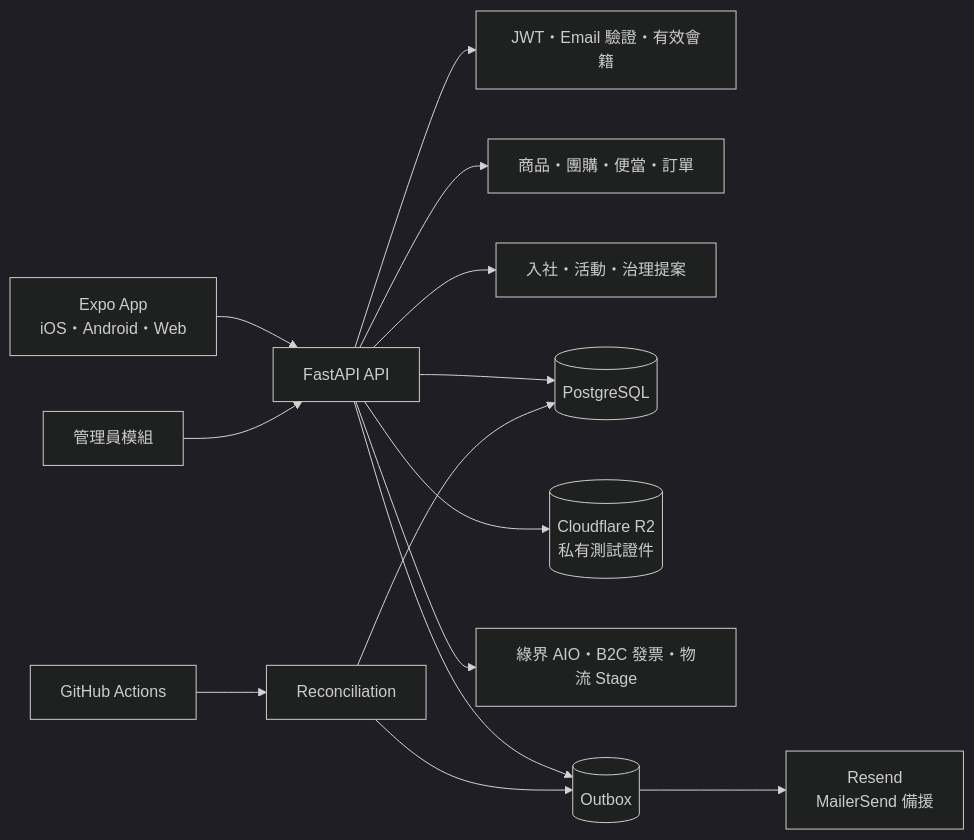
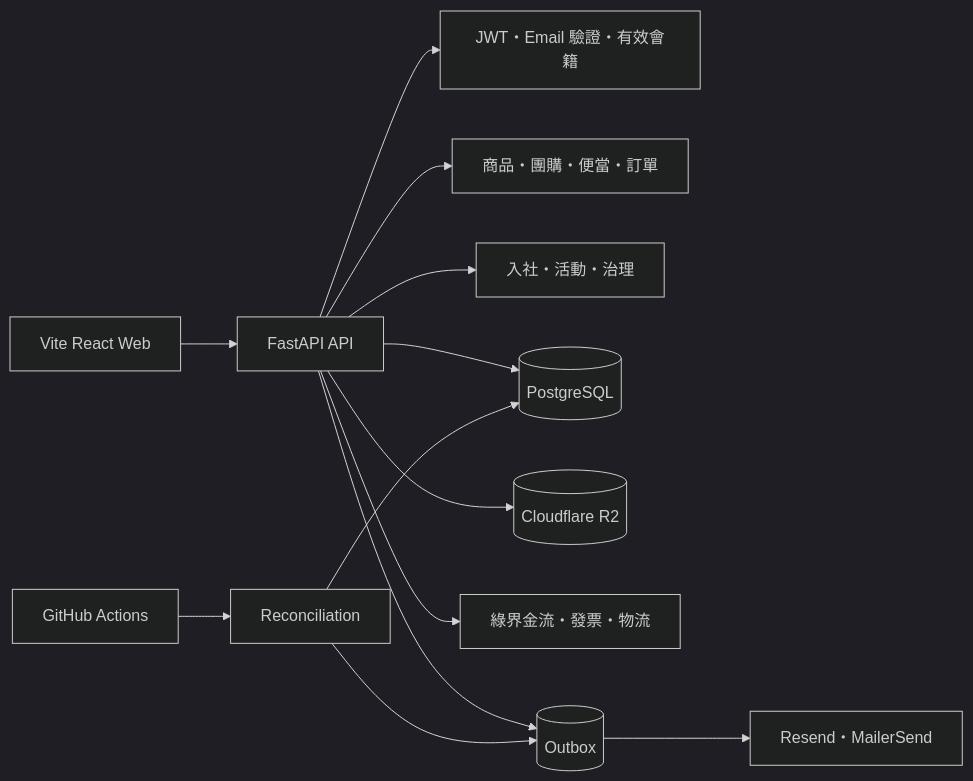
Before and after one commit to Wayne725/shilifangyuan-farm-app: the diagram in docs/ARCHITECTURE.md, drawn with Mermaid (dark theme). The commit also changed other lines of this file and 167 other files, not shown here.

Commit message:
feat: migrate cooperative platform to Vite web

````diff
--- a/docs/ARCHITECTURE.md
+++ b/docs/ARCHITECTURE.md
@@ -5,16 +5,15 @@
 ```mermaid
 flowchart LR
-    app["Expo App<br/>iOS・Android・Web"] --> api["FastAPI API"]
-    admin["管理員模組"] --> api
+    web["Vite React Web"] --> api["FastAPI API"]
     api --> auth["JWT・Email 驗證・有效會籍"]
     api --> commerce["商品・團購・便當・訂單"]
-    api --> community["入社・活動・治理提案"]
+    api --> community["入社・活動・治理"]
     api --> db[("PostgreSQL")]
-    api --> r2[("Cloudflare R2<br/>私有測試證件")]
-    api --> ecpay["綠界 AIO・B2C 發票・物流 Stage"]
+    api --> r2[("Cloudflare R2")]
+    api --> ecpay["綠界金流・發票・物流"]
     api --> outbox[("Outbox")]
-    outbox --> email["Resend<br/>MailerSend 備援"]
+    outbox --> email["Resend・MailerSend"]
     cron["GitHub Actions"] --> jobs["Reconciliation"]
     jobs --> db
     jobs --> outbox
 ```
````
